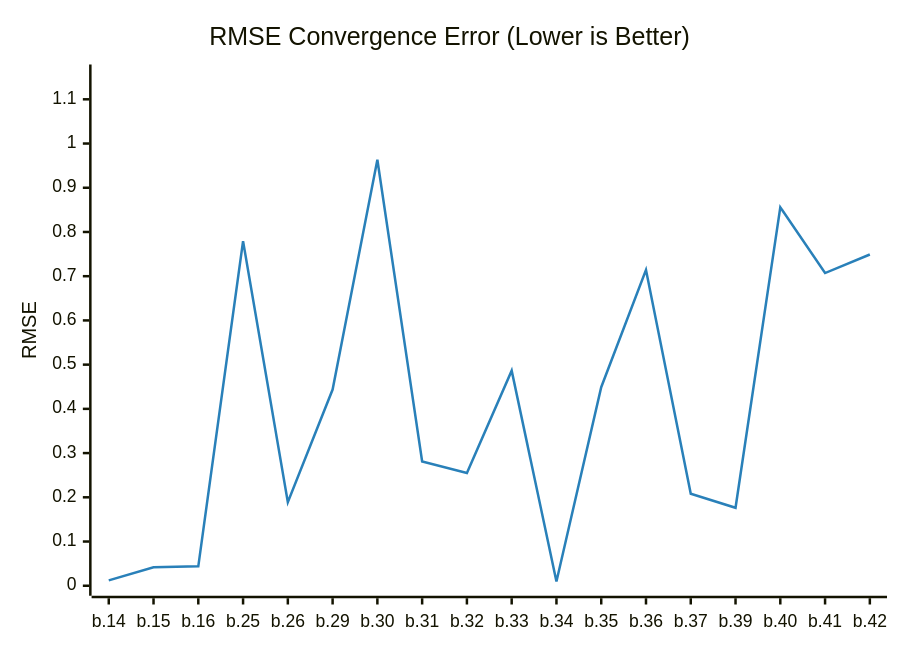
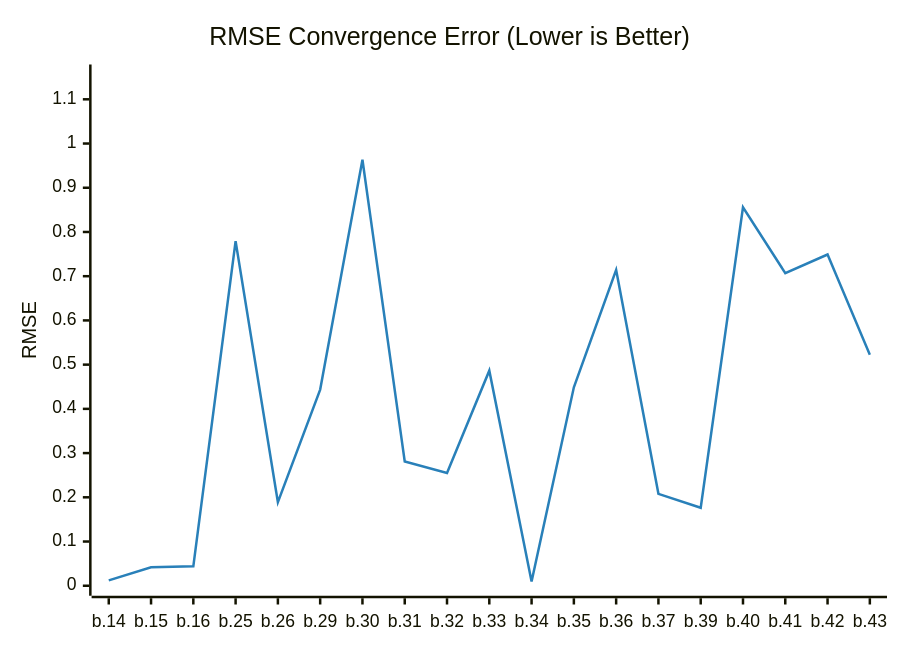
Before and after one commit to timo-eberl/tracy: the diagram in README.md, drawn with Mermaid. The commit also changed other lines of this file and 3 other files, not shown here.

````diff
--- a/README.md
+++ b/README.md
@@ -13,14 +13,14 @@
 ```mermaid
 ---
 config:
     theme: base
     themeVariables:
         xyChart:
             plotColorPalette: "#2980b9"
 ---
 xychart-beta
     title "RMSE Convergence Error (Lower is Better)"
-    x-axis ["b.14", "b.15", "b.16", "b.25", "b.26", "b.29", "b.30", "b.31", "b.32", "b.33", "b.34", "b.35", "b.36", "b.37", "b.39", "b.40", "b.41", "b.42"]
+    x-axis ["b.14", "b.15", "b.16", "b.25", "b.26", "b.29", "b.30", "b.31", "b.32", "b.33", "b.34", "b.35", "b.36", "b.37", "b.39", "b.40", "b.41", "b.42", "b.43"]
     y-axis "RMSE" 0 --> 1.1561
-    line [0.012064, 0.041607, 0.043946, 0.7793, 0.1888, 0.4436, 0.9634, 0.2812, 0.2549, 0.4864, 0.0098, 0.4489, 0.7142, 0.2079, 0.1763, 0.8557, 0.7071, 0.749]
+    line [0.012064, 0.041607, 0.043946, 0.7793, 0.1888, 0.4436, 0.9634, 0.2812, 0.2549, 0.4864, 0.0098, 0.4489, 0.7142, 0.2079, 0.1763, 0.8557, 0.7071, 0.749, 0.5226]
 ```
````
